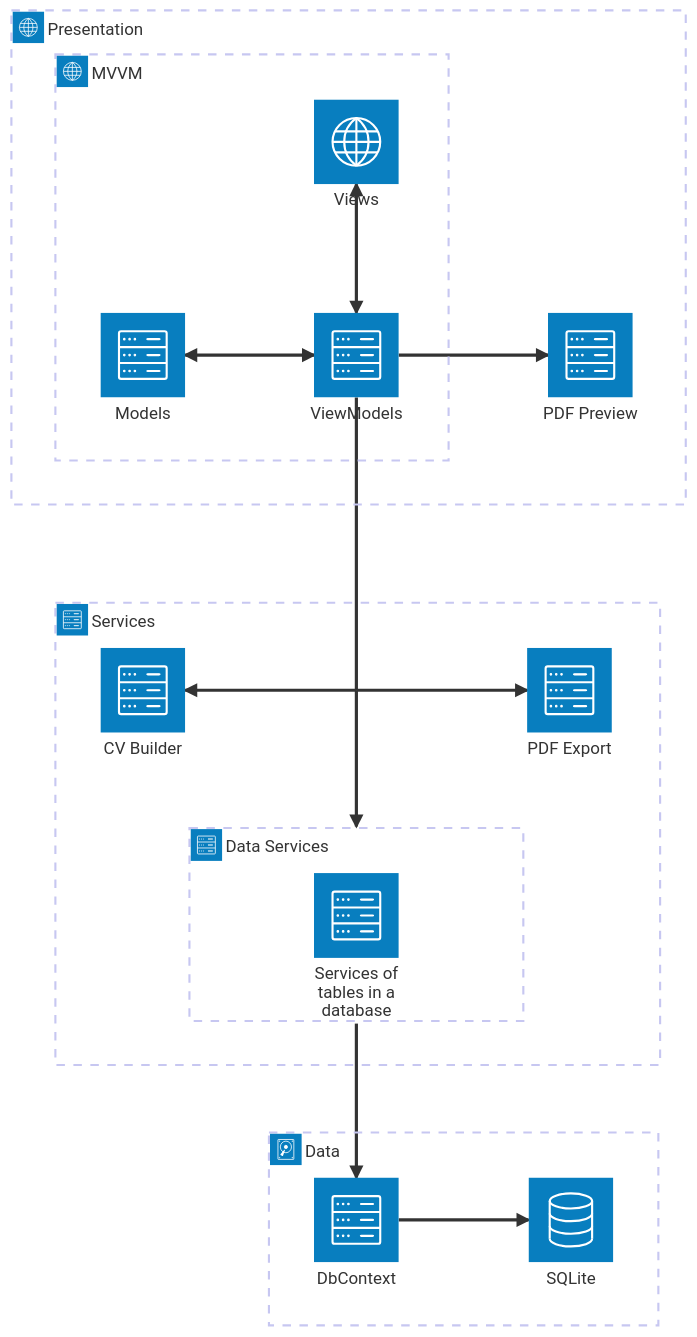
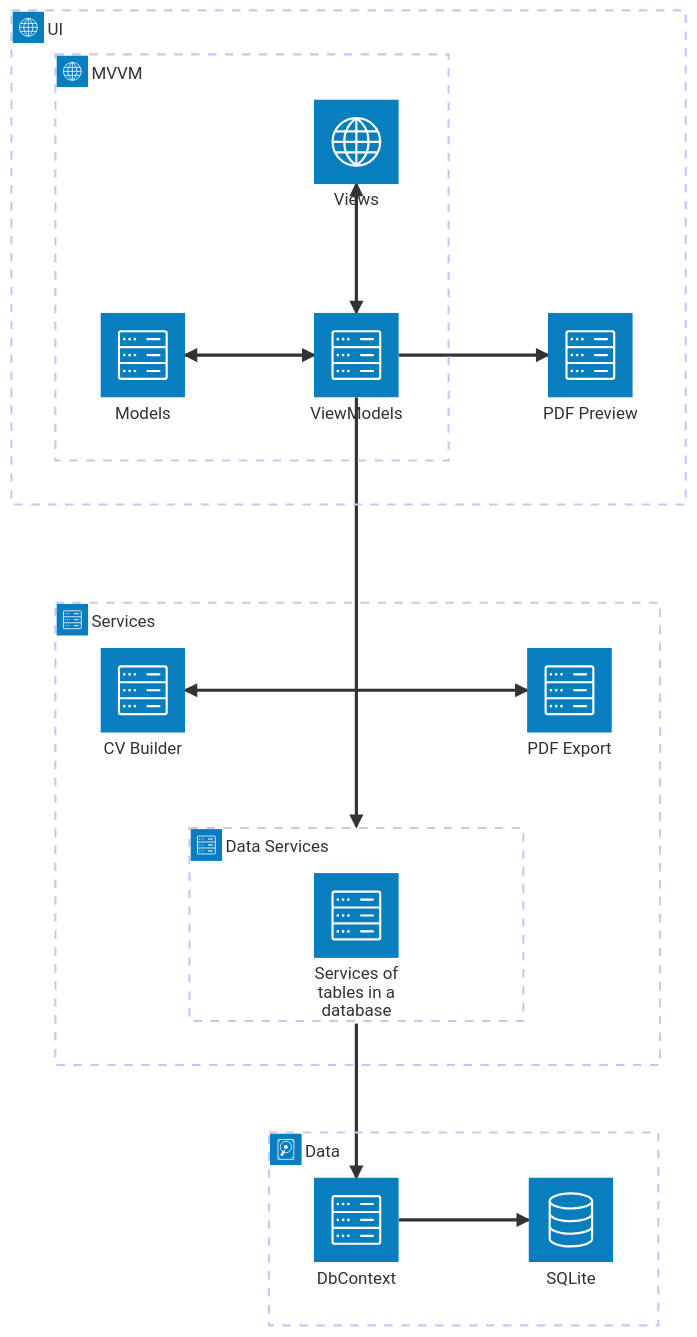
The second of 2 diagrams in Docs/ARCHITECTURE.md (GeMiNiOranGe/Quaply), drawn with Mermaid before and after one commit. The commit also changed other lines of this file, not shown here.

Commit message:
rename 'Presentation' to 'UI' in architecture documentation

````diff
--- a/Docs/ARCHITECTURE.md
+++ b/Docs/ARCHITECTURE.md
@@ -16,33 +16,33 @@
 ```mermaid
 architecture-beta
-    group presentation(internet)[Presentation]
+    group ui(internet)[UI]
     group services(server)[Services]
     group data(disk)[Data]
 
-    group mvvm(internet)[MVVM] in presentation
+    group mvvm(internet)[MVVM] in ui
     group data_services(server)[Data Services] in services
 
-    service pdf_preview(server)[PDF Preview] in presentation
+    service pdf_preview(server)[PDF Preview] in ui
     service models(server)[Models] in mvvm
     service views(internet)[Views] in mvvm
     service viewmodels(server)[ViewModels] in mvvm
 
     service cv_builder(server)[CV Builder] in services
     service pdf_export(server)[PDF Export] in services
     service table_services(server)[Services of tables in a database] in data_services
 
     service dbcontext(server)[DbContext] in data
     service sqlite(database)[SQLite] in data
 
     junction junctionPresentation in services
 
     viewmodels:T <--> B:views
     viewmodels:L <--> R:models
     viewmodels:R --> L:pdf_preview
     viewmodels:B -- T:junctionPresentation
     junctionPresentation:L --> R:cv_builder
     junctionPresentation:B --> T:table_services{group}
     junctionPresentation:R --> L:pdf_export
     table_services{group}:B --> T:dbcontext
     dbcontext:R --> L:sqlite
 ```
````
